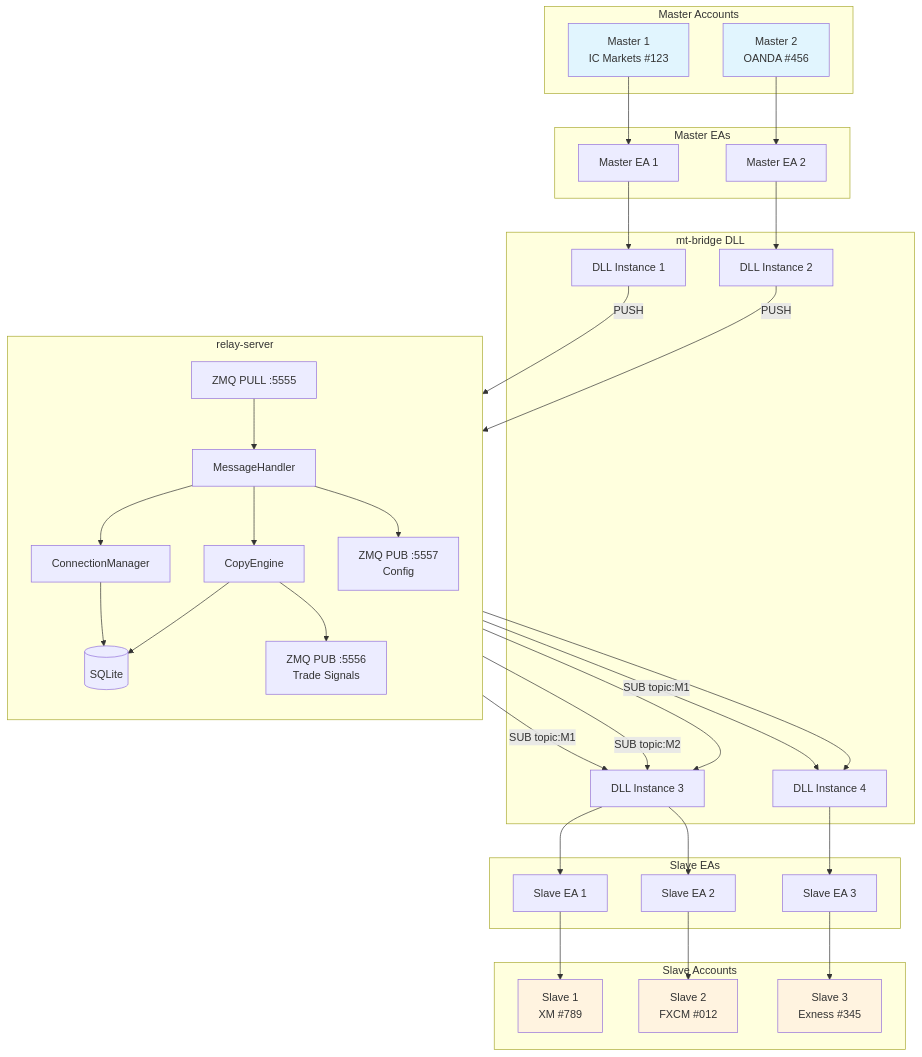
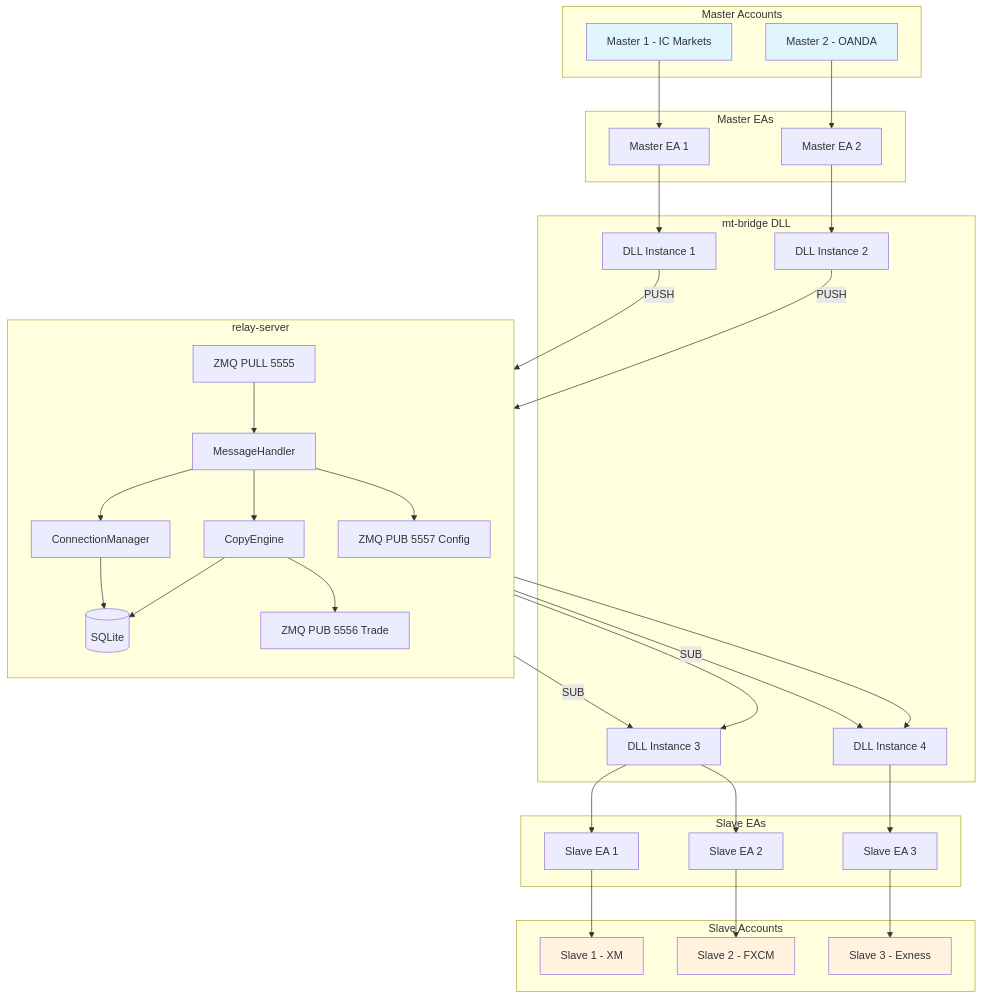
Before and after one commit to poruru210/sankey-copier: the second of 13 diagrams in docs/README.md, drawn with Mermaid. The commit also changed other lines of this file, not shown here.

First line of the commit message:
fix: mermaid構文エラーを修正

````diff
--- a/docs/README.md
+++ b/docs/README.md
@@ -61,80 +61,79 @@
 ```mermaid
 graph TB
-    subgraph "Master Accounts"
-        M1[Master 1<br/>IC Markets #123]
-        M2[Master 2<br/>OANDA #456]
+    subgraph master_accounts["Master Accounts"]
+        M1["Master 1 - IC Markets"]
+        M2["Master 2 - OANDA"]
     end
 
-    subgraph "Master EAs"
-        MEA1[Master EA 1]
-        MEA2[Master EA 2]
+    subgraph master_eas["Master EAs"]
+        MEA1["Master EA 1"]
+        MEA2["Master EA 2"]
     end
 
-    subgraph "mt-bridge DLL"
-        DLL1[DLL Instance 1]
-        DLL2[DLL Instance 2]
-        DLL3[DLL Instance 3]
-        DLL4[DLL Instance 4]
+    subgraph dll["mt-bridge DLL"]
+        DLL1["DLL Instance 1"]
+        DLL2["DLL Instance 2"]
+        DLL3["DLL Instance 3"]
+        DLL4["DLL Instance 4"]
     end
 
-    subgraph "relay-server"
+    subgraph relay["relay-server"]
         direction TB
-        PULL[ZMQ PULL :5555]
-        MH[MessageHandler]
-        CE[CopyEngine]
-        CM[ConnectionManager]
-        DB[(SQLite)]
-        PUB_T[ZMQ PUB :5556<br/>Trade Signals]
-        PUB_C[ZMQ PUB :5557<br/>Config]
+        PULL["ZMQ PULL 5555"]
+        MH["MessageHandler"]
+        CE["CopyEngine"]
+        CM["ConnectionManager"]
+        DB[("SQLite")]
+        PUB_T["ZMQ PUB 5556 Trade"]
+        PUB_C["ZMQ PUB 5557 Config"]
     end
 
-    subgraph "Slave EAs"
-        SEA1[Slave EA 1]
-        SEA2[Slave EA 2]
-        SEA3[Slave EA 3]
+    subgraph slave_eas["Slave EAs"]
+        SEA1["Slave EA 1"]
+        SEA2["Slave EA 2"]
+        SEA3["Slave EA 3"]
     end
 
-    subgraph "Slave Accounts"
-        S1[Slave 1<br/>XM #789]
-        S2[Slave 2<br/>FXCM #012]
-        S3[Slave 3<br/>Exness #345]
+    subgraph slave_accounts["Slave Accounts"]
+        S1["Slave 1 - XM"]
+        S2["Slave 2 - FXCM"]
+        S3["Slave 3 - Exness"]
     end
 
     M1 --> MEA1
     M2 --> MEA2
 
     MEA1 --> DLL1
     MEA2 --> DLL2
 
     DLL1 -->|PUSH| PULL
     DLL2 -->|PUSH| PULL
 
     PULL --> MH
     MH --> CE
     MH --> CM
     CE --> DB
     CM --> DB
 
     CE --> PUB_T
     MH --> PUB_C
 
-    PUB_T -->|SUB topic:M1| DLL3
-    PUB_T -->|SUB topic:M1| DLL4
-    PUB_T -->|SUB topic:M2| DLL3
+    PUB_T -->|SUB| DLL3
+    PUB_T -->|SUB| DLL4
     PUB_C --> DLL3
     PUB_C --> DLL4
 
     DLL3 --> SEA1
     DLL3 --> SEA2
     DLL4 --> SEA3
 
     SEA1 --> S1
     SEA2 --> S2
     SEA3 --> S3
 
     style M1 fill:#e1f5fe
     style M2 fill:#e1f5fe
     style S1 fill:#fff3e0
     style S2 fill:#fff3e0
     style S3 fill:#fff3e0
 ```
````
